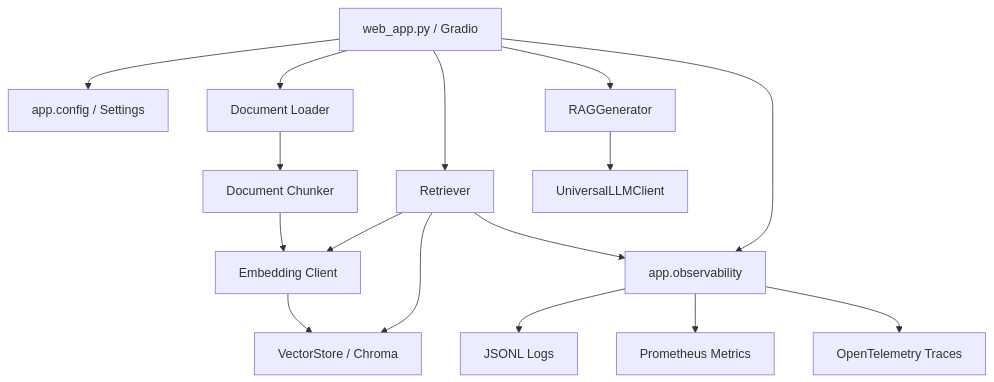
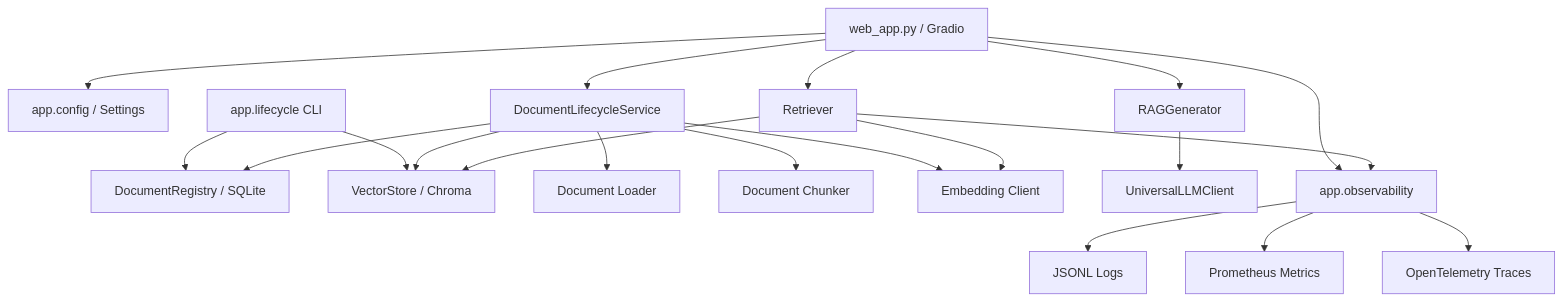
One commit to Zhou-Jin-Feng/DocuMind changed the diagram in ARCHITECTURE.md. Above: the diagram before and after it, drawn with Mermaid. The commit also changed other lines of this file and 25 other files, not shown here.

````diff
--- a/ARCHITECTURE.md
+++ b/ARCHITECTURE.md
@@ -5,18 +5,22 @@
 ```mermaid
 flowchart TD
     UI["web_app.py / Gradio"] --> CFG["app.config / Settings"]
-    UI --> LOAD["Document Loader"]
-    LOAD --> CHUNK["Document Chunker"]
-    CHUNK --> EMB["Embedding Client"]
-    EMB --> VS["VectorStore / Chroma"]
+    CLI["app.lifecycle CLI"] --> REG["DocumentRegistry / SQLite"]
+    CLI --> VS
+    UI --> LC["DocumentLifecycleService"]
+    LC --> REG
+    LC --> LOAD["Document Loader"]
+    LC --> CHUNK["Document Chunker"]
+    LC --> EMB["Embedding Client"]
+    LC --> VS["VectorStore / Chroma"]
     UI --> RET["Retriever"]
     RET --> EMB
     RET --> VS
     UI --> GEN["RAGGenerator"]
     GEN --> LLM["UniversalLLMClient"]
     UI --> OBS["app.observability"]
     RET --> OBS
     OBS --> LOG["JSONL Logs"]
     OBS --> MET["Prometheus Metrics"]
     OBS --> TRACE["OpenTelemetry Traces"]
 ```
````
